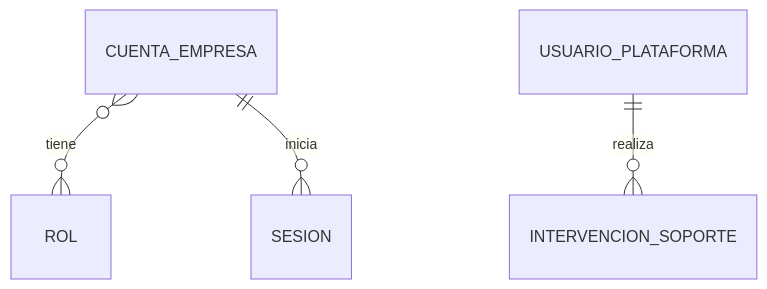
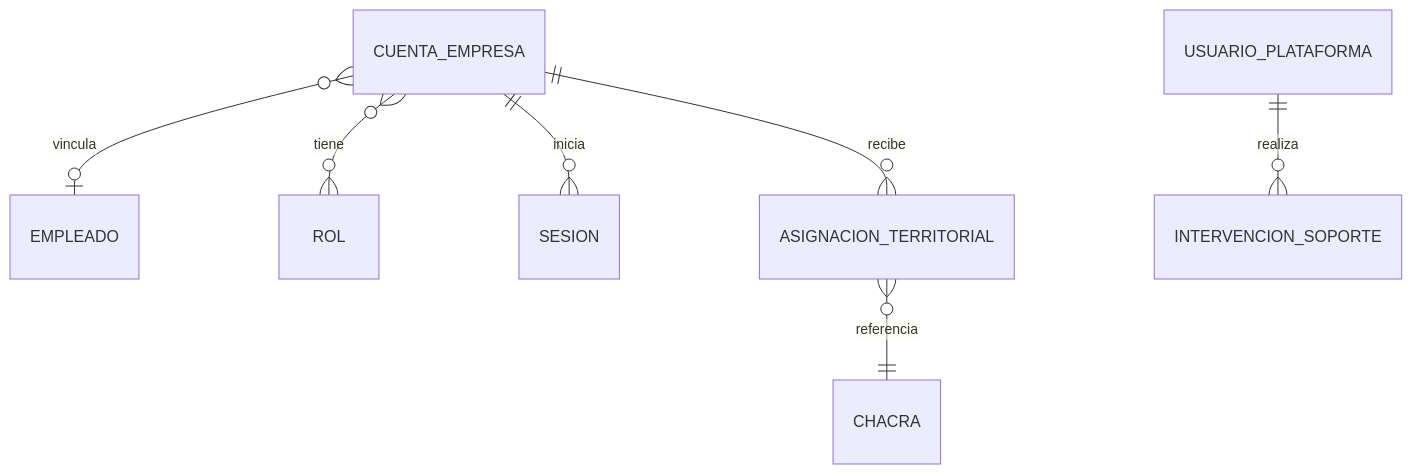
Before and after one commit to LucasParodi00/APP_TAREFERO_API_REST_v3: the diagram in doc/modulos/identidad-acceso/identidad-acceso.modelo-datos.md, drawn with Mermaid. The commit also changed other lines of this file and 40 other files, not shown here.

````diff
--- a/doc/modulos/identidad-acceso/identidad-acceso.modelo-datos.md
+++ b/doc/modulos/identidad-acceso/identidad-acceso.modelo-datos.md
@@ -14,6 +14,9 @@
 ```mermaid
 erDiagram
+    CUENTA_EMPRESA }o--o| EMPLEADO : vincula
     CUENTA_EMPRESA }o--o{ ROL : tiene
     CUENTA_EMPRESA ||--o{ SESION : inicia
+    CUENTA_EMPRESA ||--o{ ASIGNACION_TERRITORIAL : recibe
+    ASIGNACION_TERRITORIAL }o--|| CHACRA : referencia
     USUARIO_PLATAFORMA ||--o{ INTERVENCION_SOPORTE : realiza
 ```
````
